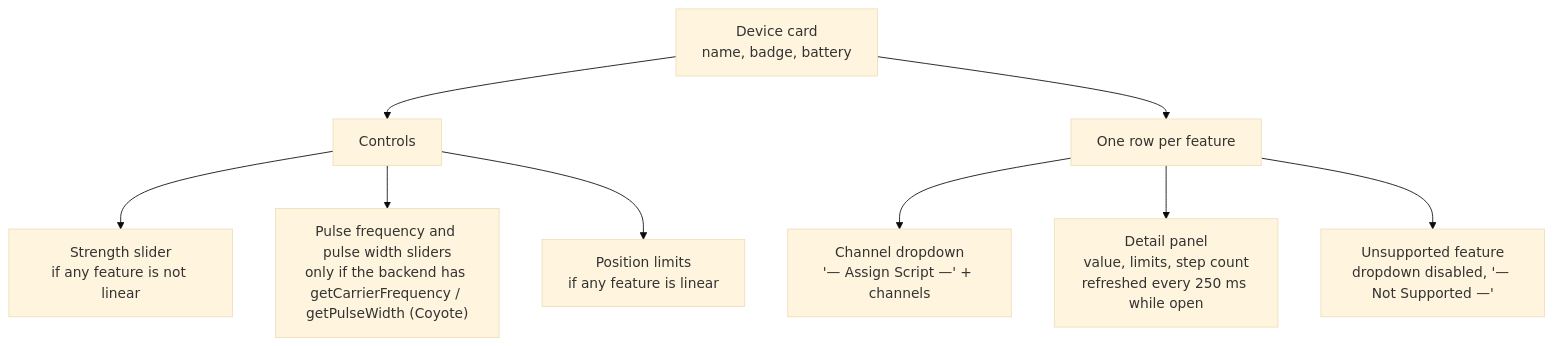
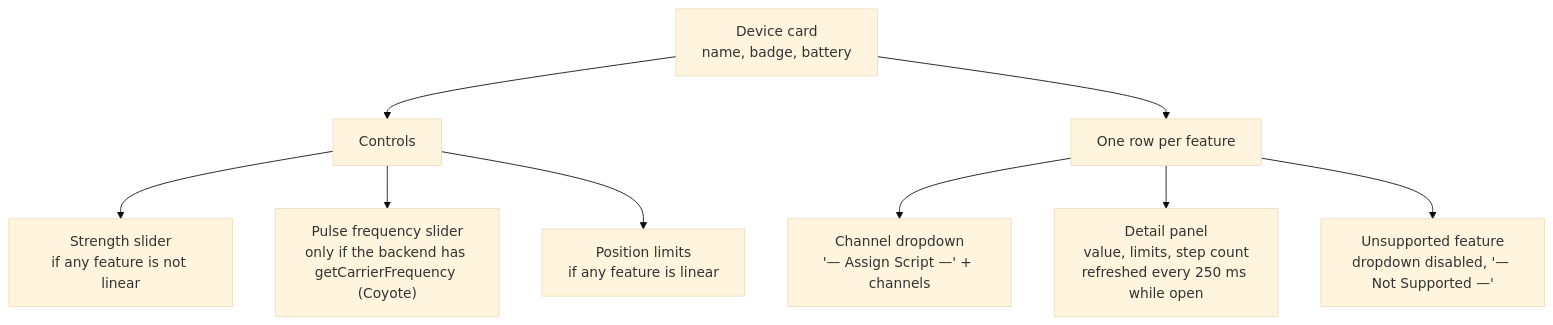
The first of 3 diagrams in docs/developer/use-cases/assign-feature.md (lumbar-spine-support/docker-haptic-player), drawn with Mermaid (base theme) before and after one commit. The commit also changed other lines of this file and 20 other files, not shown here.

````diff
--- a/docs/developer/use-cases/assign-feature.md
+++ b/docs/developer/use-cases/assign-feature.md
@@ -13,11 +13,11 @@
 ```mermaid
 flowchart TB
   Card["Device card<br/>name, badge, battery"] --> Ctrl["Controls"]
   Card --> Feats["One row per feature"]
   Ctrl --> Str["Strength slider<br/>if any feature is not linear"]
-  Ctrl --> Freq["Pulse frequency and pulse width sliders<br/>only if the backend has getCarrierFrequency / getPulseWidth (Coyote)"]
+  Ctrl --> Freq["Pulse frequency slider<br/>only if the backend has getCarrierFrequency (Coyote)"]
   Ctrl --> Rng["Position limits<br/>if any feature is linear"]
   Feats --> Sel["Channel dropdown<br/>'— Assign Script —' + channels"]
   Feats --> Det["Detail panel<br/>value, limits, step count<br/>refreshed every 250 ms while open"]
   Feats --> Uns["Unsupported feature<br/>dropdown disabled, '— Not Supported —'"]
 ```
````
